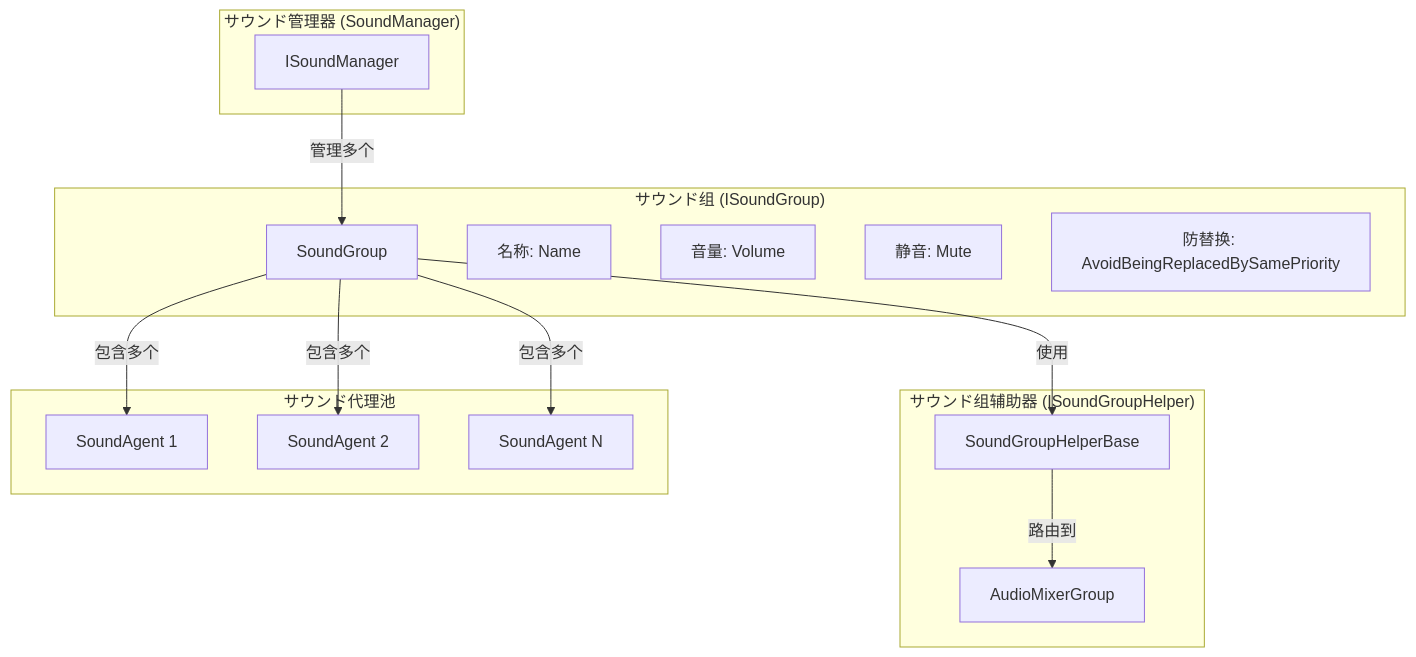
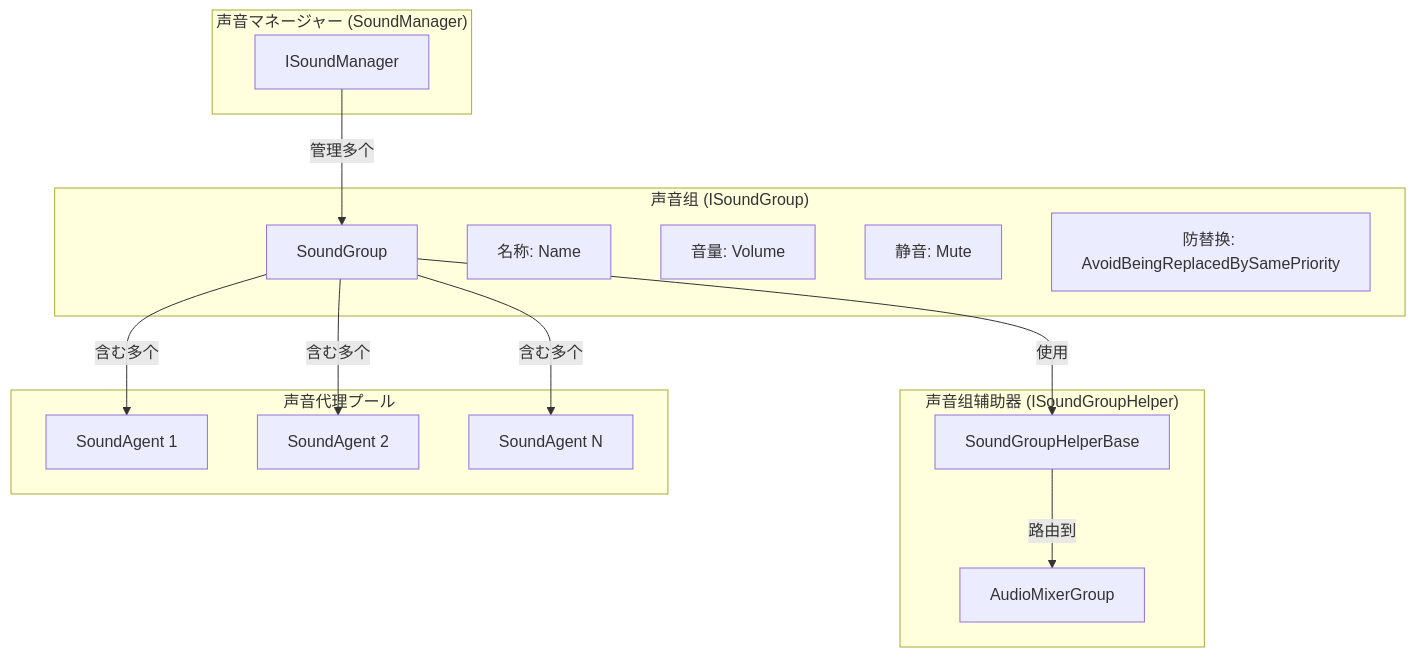
Before and after one commit to AlianBlank/GameFrameX.Docs: the first of 2 diagrams in docs/ja/client/unity/component/sound/06.sound-group.md, drawn with Mermaid. The commit also changed other lines of this file and 320 other files, not shown here.

````diff
--- a/docs/ja/client/unity/component/sound/06.sound-group.md
+++ b/docs/ja/client/unity/component/sound/06.sound-group.md
@@ -18,32 +18,32 @@
 ```mermaid
 flowchart TD
-    subgraph SoundManager["サウンド管理器 (SoundManager)"]
+    subgraph SoundManager["声音マネージャー (SoundManager)"]
         SM[ISoundManager]
     end
 
-    subgraph SoundGroup["サウンド组 (ISoundGroup)"]
+    subgraph SoundGroup["声音组 (ISoundGroup)"]
         SG[SoundGroup]
         SG_Name[名称: Name]
         SG_Volume[音量: Volume]
         SG_Mute[静音: Mute]
         SG_Avoid[防替换: AvoidBeingReplacedBySamePriority]
     end
 
-    subgraph SoundGroupHelper["サウンド组辅助器 (ISoundGroupHelper)"]
+    subgraph SoundGroupHelper["声音组辅助器 (ISoundGroupHelper)"]
         SGH[SoundGroupHelperBase]
         AMG[AudioMixerGroup]
     end
 
-    subgraph SoundAgents["サウンド代理池"]
+    subgraph SoundAgents["声音代理プール"]
         SA1[SoundAgent 1]
         SA2[SoundAgent 2]
         SA3[SoundAgent N]
     end
 
     SM -->|管理多个| SG
-    SG -->|包含多个| SA1
-    SG -->|包含多个| SA2
-    SG -->|包含多个| SA3
+    SG -->|含む多个| SA1
+    SG -->|含む多个| SA2
+    SG -->|含む多个| SA3
     SG -->|使用| SGH
     SGH -->|路由到| AMG
 ```
````
